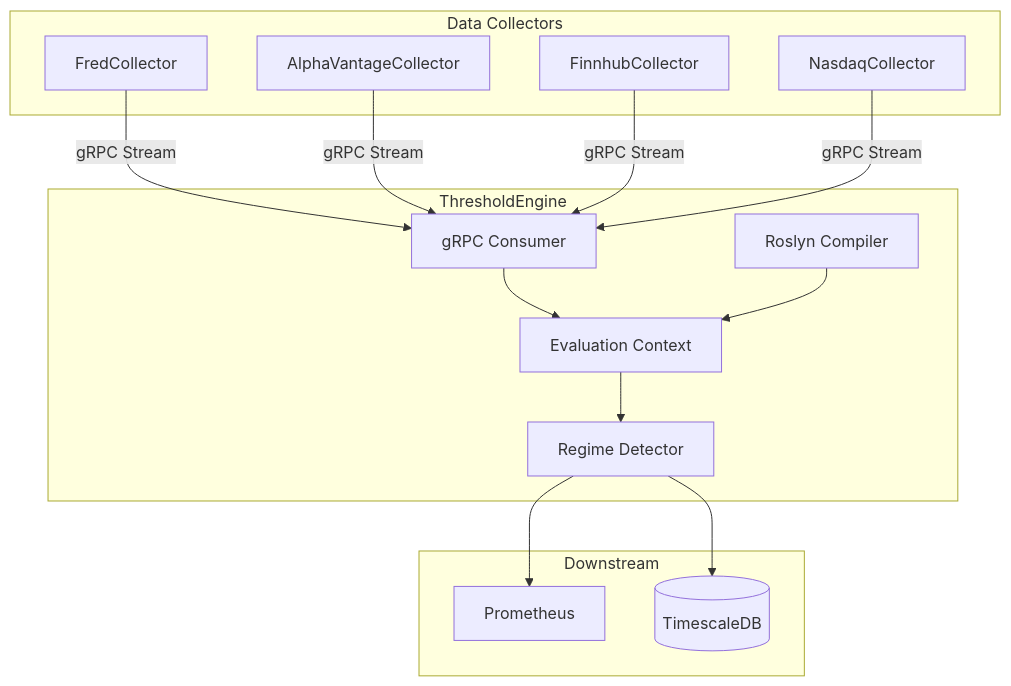
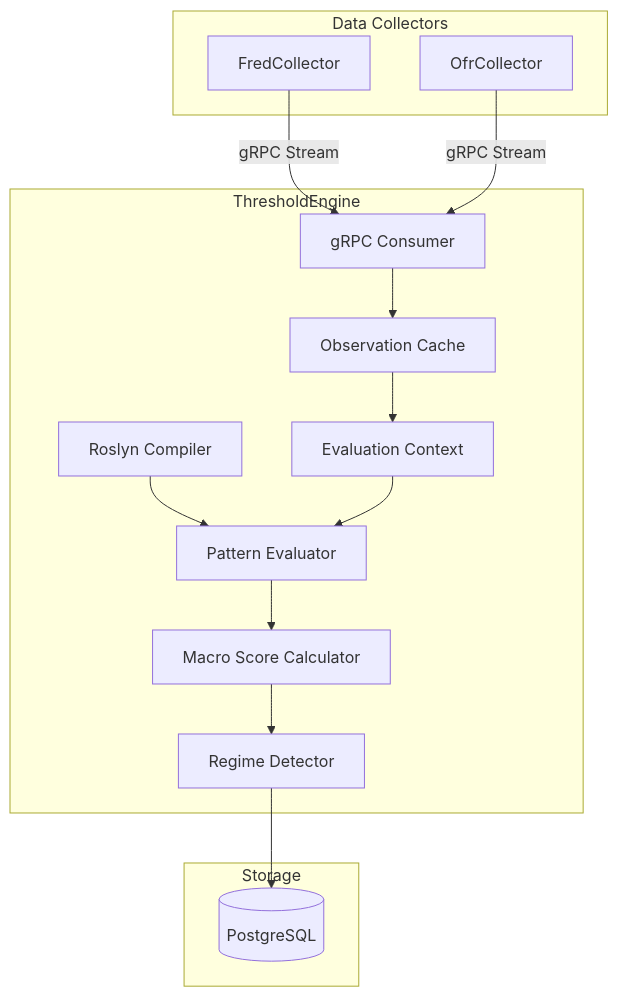
One commit to jpansarasa/ATLAS-Docs changed the diagram in ThresholdEngine/README.md. Above: the diagram before and after it, drawn with Mermaid. The commit also changed other lines of this file and 10 other files, not shown here.

````diff
--- a/ThresholdEngine/README.md
+++ b/ThresholdEngine/README.md
@@ -13,28 +13,30 @@
 ```mermaid
 flowchart TD
     subgraph Collectors [Data Collectors]
         FC[FredCollector]
-        AVC[AlphaVantageCollector]
-        FHC[FinnhubCollector]
-        NC[NasdaqCollector]
+        OC[OfrCollector]
     end
 
     subgraph Core [ThresholdEngine]
         Consumer[gRPC Consumer]
+        Cache[Observation Cache]
         Roslyn[Roslyn Compiler]
         Context[Evaluation Context]
+        Evaluator[Pattern Evaluator]
+        MacroScore[Macro Score Calculator]
         Regime[Regime Detector]
     end
 
-    subgraph Downstream
-        Prom[Prometheus]
-        DB[(TimescaleDB)]
+    subgraph Storage
+        DB[(PostgreSQL)]
     end
 
-    FC & AVC & FHC & NC -- gRPC Stream --> Consumer
-    Consumer --> Context
-    Roslyn --> Context
-    Context --> Regime
+    FC & OC -- gRPC Stream --> Consumer
+    Consumer --> Cache
+    Cache --> Context
+    Roslyn --> Evaluator
+    Context --> Evaluator
+    Evaluator --> MacroScore
+    MacroScore --> Regime
     Regime --> DB
-    Regime --> Prom
 ```
````
